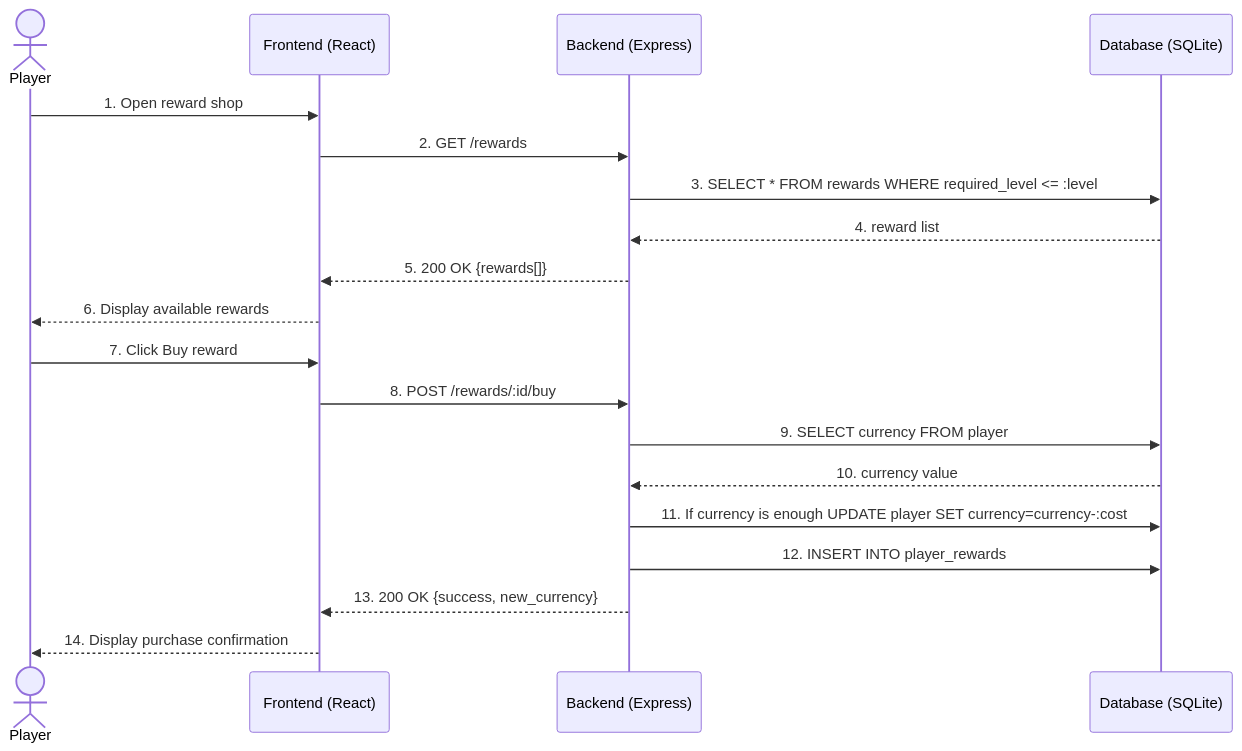
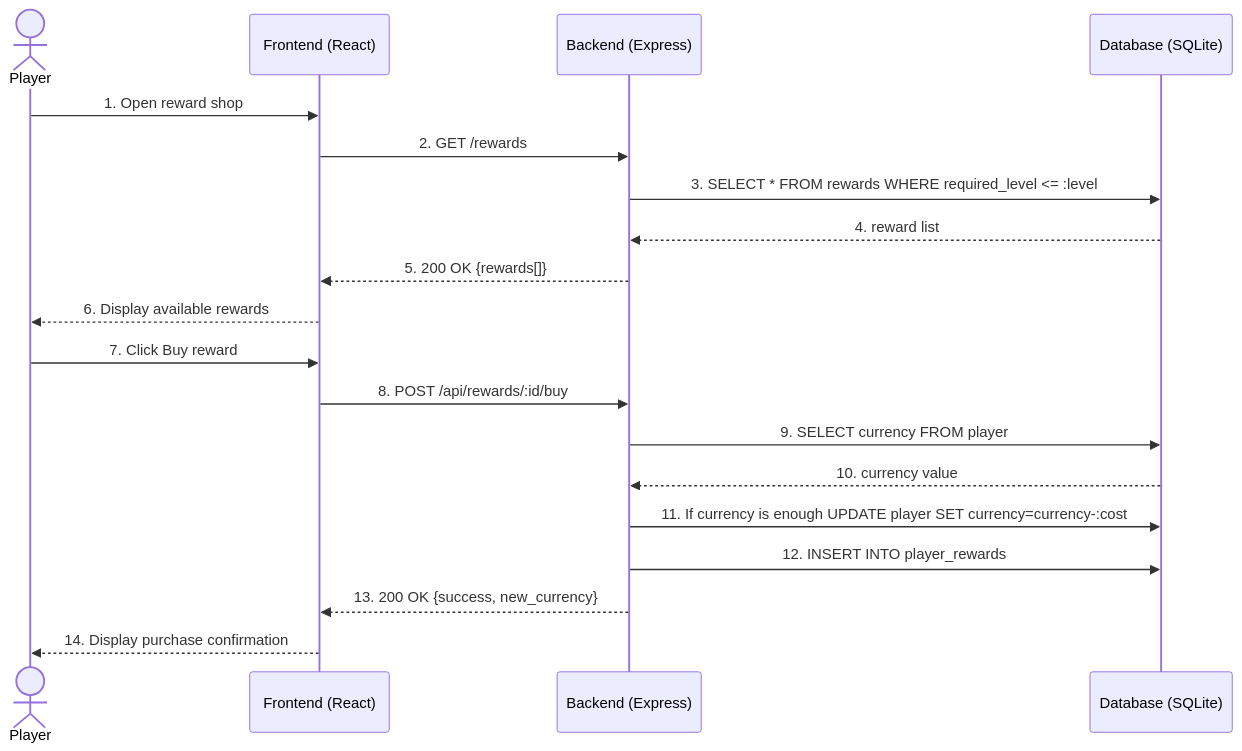
Before and after one commit to Promatheusz/habit-tracker: the diagram in docs/diagrams/sequence-reward.md, drawn with Mermaid. The commit also changed 47 other files, not shown here.

````diff
--- a/docs/diagrams/sequence-reward.md
+++ b/docs/diagrams/sequence-reward.md
@@ -5,23 +5,23 @@
 ```mermaid
 sequenceDiagram
     actor Player
     participant Frontend as Frontend (React)
     participant Backend as Backend (Express)
     participant DB as Database (SQLite)
 
     Player->>Frontend: 1. Open reward shop
     Frontend->>Backend: 2. GET /rewards
     Backend->>DB: 3. SELECT * FROM rewards WHERE required_level <= :level
     DB-->>Backend: 4. reward list
     Backend-->>Frontend: 5. 200 OK {rewards[]}
     Frontend-->>Player: 6. Display available rewards
 
     Player->>Frontend: 7. Click Buy reward
-    Frontend->>Backend: 8. POST /rewards/:id/buy
+    Frontend->>Backend: 8. POST /api/rewards/:id/buy
     Backend->>DB: 9. SELECT currency FROM player
     DB-->>Backend: 10. currency value
     Backend->>DB: 11. If currency is enough UPDATE player SET currency=currency-:cost
     Backend->>DB: 12. INSERT INTO player_rewards
     Backend-->>Frontend: 13. 200 OK {success, new_currency}
     Frontend-->>Player: 14. Display purchase confirmation
 ```
````
